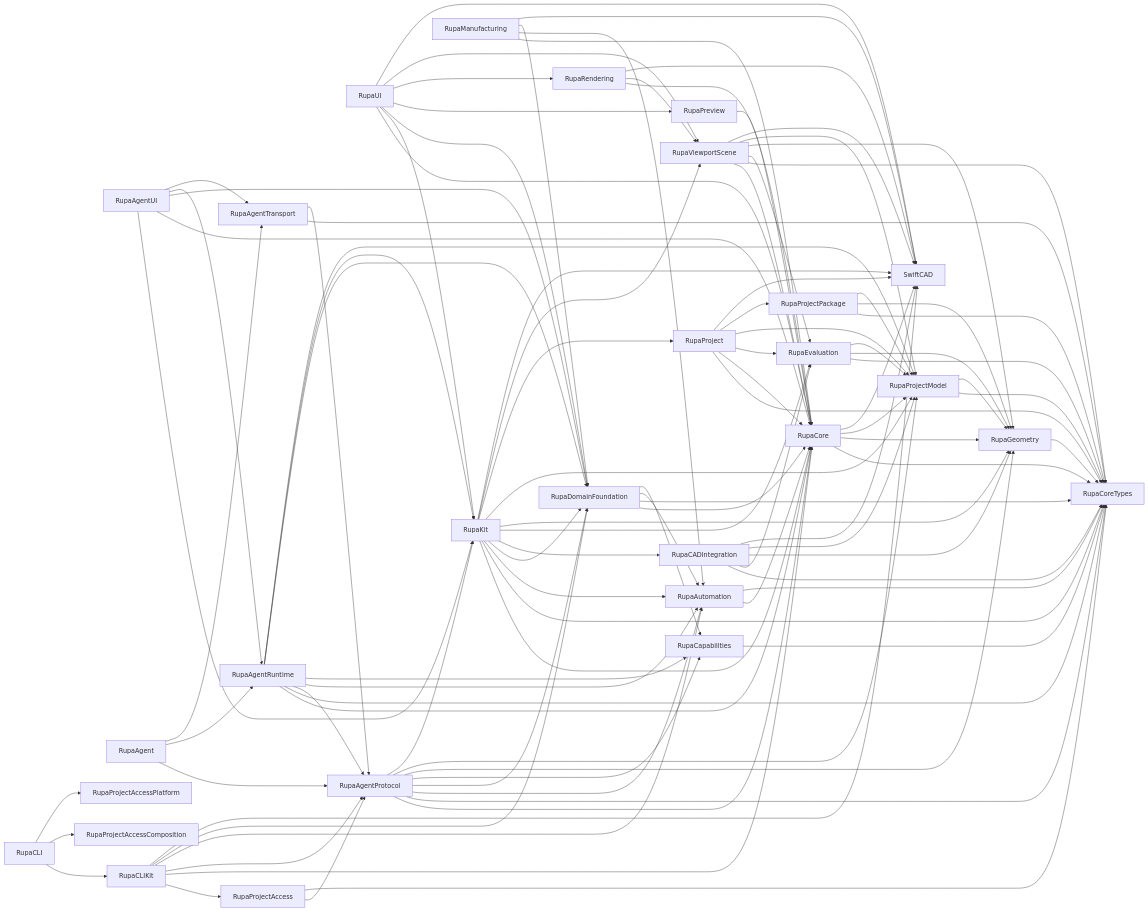
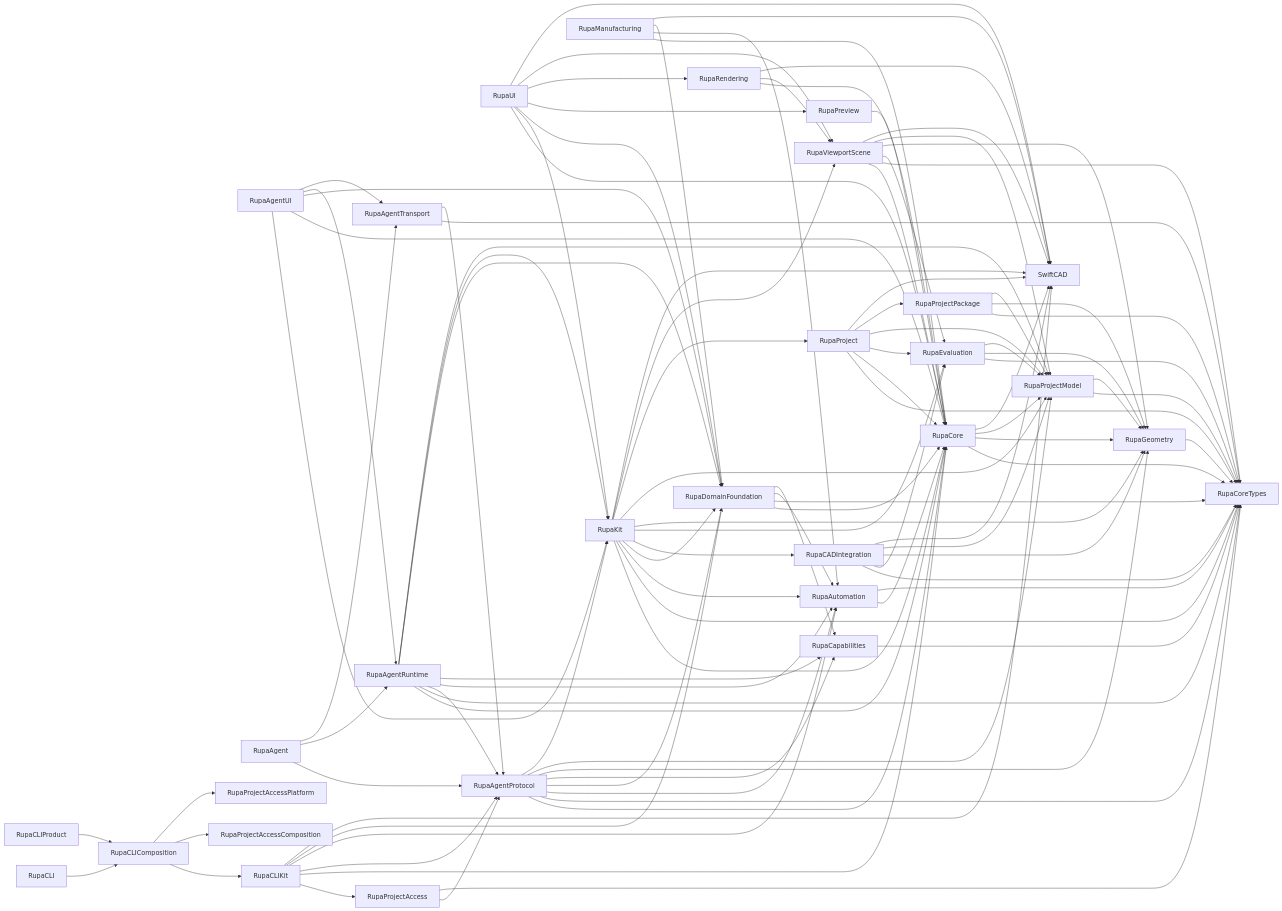
Before and after one commit to 1amageek/Rupa: the first of 3 diagrams in RupaKit/ARCHITECTURE.md, drawn with Mermaid. The commit also changed other lines of this file and 11 other files, not shown here.

Commit message:
Distribute signed Rupa CLI

````diff
--- a/RupaKit/ARCHITECTURE.md
+++ b/RupaKit/ARCHITECTURE.md
@@ -120,7 +120,9 @@
     CLI --> Automation
     CLI --> Domain
     CLI --> SwiftCAD
-    Executable[RupaCLI] --> CLI
-    Executable --> AccessComposition[RupaProjectAccessComposition]
-    Executable --> AccessPlatform[RupaProjectAccessPlatform]
+    SwiftPMEntry[RupaCLI] --> CLIComposition[RupaCLIComposition]
+    XcodeEntry[RupaCLIProduct] --> CLIComposition
+    CLIComposition --> CLI
+    CLIComposition --> AccessComposition[RupaProjectAccessComposition]
+    CLIComposition --> AccessPlatform[RupaProjectAccessPlatform]
 ```
````
